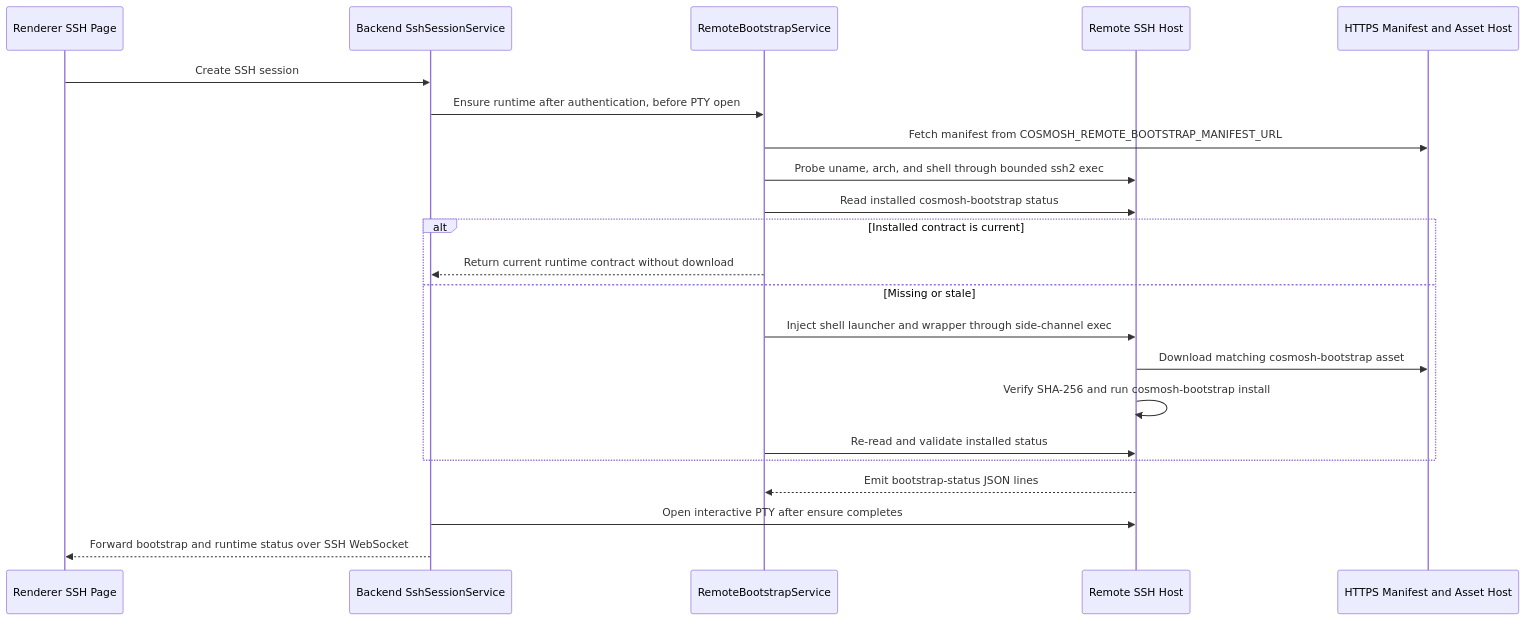
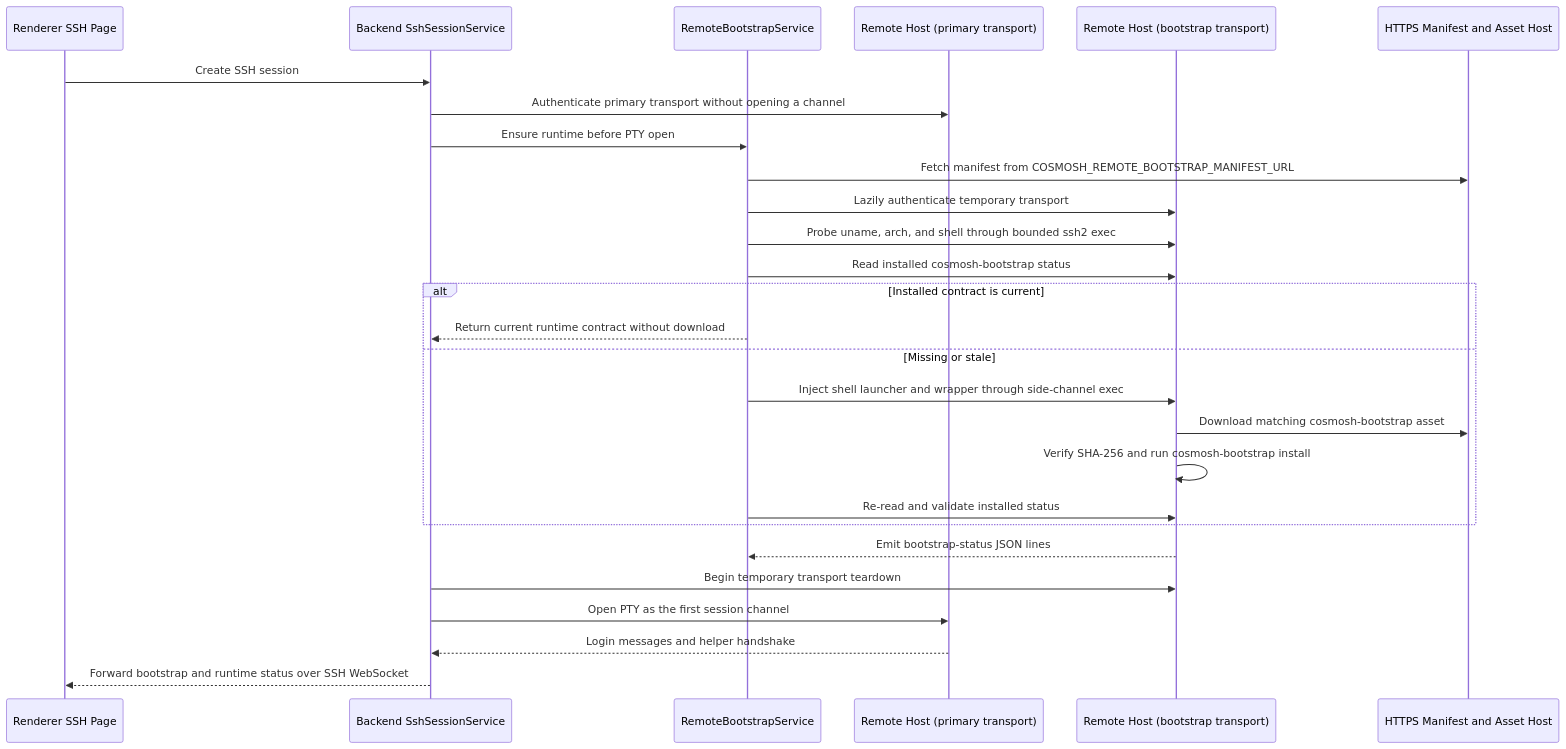
The diagram in packages/remote-bootstrap/README.md (XYZ1024-alt/Cosmosh), drawn with Mermaid before and after one commit. The commit also changed other lines of this file and 13 other files, not shown here.

First line of the commit message:
fix(ssh): preserve login messages during remote bootstrap

````diff
--- a/packages/remote-bootstrap/README.md
+++ b/packages/remote-bootstrap/README.md
@@ -28,25 +28,30 @@
 ```mermaid
 sequenceDiagram
   participant UI as Renderer SSH Page
   participant SSH as Backend SshSessionService
   participant RB as RemoteBootstrapService
-  participant REM as Remote SSH Host
+  participant PRIMARY as Remote Host (primary transport)
+  participant AUX as Remote Host (bootstrap transport)
   participant CDN as HTTPS Manifest and Asset Host
 
   UI->>SSH: Create SSH session
-  SSH->>RB: Ensure runtime after authentication, before PTY open
+  SSH->>PRIMARY: Authenticate primary transport without opening a channel
+  SSH->>RB: Ensure runtime before PTY open
   RB->>CDN: Fetch manifest from COSMOSH_REMOTE_BOOTSTRAP_MANIFEST_URL
-  RB->>REM: Probe uname, arch, and shell through bounded ssh2 exec
-  RB->>REM: Read installed cosmosh-bootstrap status
+  RB->>AUX: Lazily authenticate temporary transport
+  RB->>AUX: Probe uname, arch, and shell through bounded ssh2 exec
+  RB->>AUX: Read installed cosmosh-bootstrap status
   alt Installed contract is current
     RB-->>SSH: Return current runtime contract without download
   else Missing or stale
-    RB->>REM: Inject shell launcher and wrapper through side-channel exec
-    REM->>CDN: Download matching cosmosh-bootstrap asset
-    REM->>REM: Verify SHA-256 and run cosmosh-bootstrap install
-    RB->>REM: Re-read and validate installed status
+    RB->>AUX: Inject shell launcher and wrapper through side-channel exec
+    AUX->>CDN: Download matching cosmosh-bootstrap asset
+    AUX->>AUX: Verify SHA-256 and run cosmosh-bootstrap install
+    RB->>AUX: Re-read and validate installed status
   end
-  REM-->>RB: Emit bootstrap-status JSON lines
-  SSH->>REM: Open interactive PTY after ensure completes
+  AUX-->>RB: Emit bootstrap-status JSON lines
+  SSH->>AUX: Begin temporary transport teardown
+  SSH->>PRIMARY: Open PTY as the first session channel
+  PRIMARY-->>SSH: Login messages and helper handshake
   SSH-->>UI: Forward bootstrap and runtime status over SSH WebSocket
 ```
````
